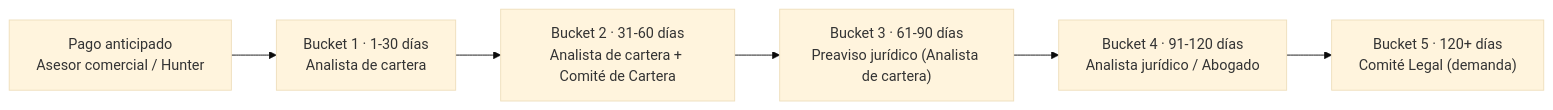
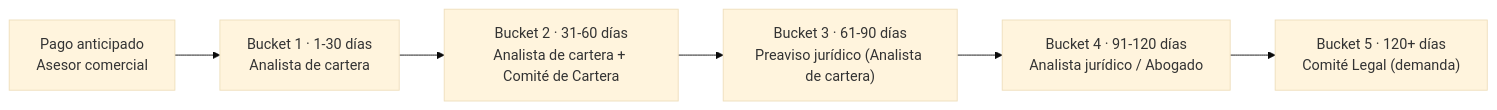
Before and after one commit to MariaFer2006/documentacion_fliipa: the diagram in Negocio/Actores/08 Diagrama Escalamiento Cobranza.md, drawn with Mermaid (base theme).

Commit message:
Fix formatting in escalation diagram for clarity

````diff
--- a/Negocio/Actores/08 Diagrama Escalamiento Cobranza.md
+++ b/Negocio/Actores/08 Diagrama Escalamiento Cobranza.md
@@ -5,8 +5,8 @@
 ```mermaid
 flowchart LR
-    PA["Pago anticipado<br/>Asesor comercial / Hunter"] --> B1["Bucket 1 · 1-30 días<br/>Analista de cartera"]
+    PA["Pago anticipado<br/>Asesor comercial "] --> B1["Bucket 1 · 1-30 días<br/>Analista de cartera"]
     B1 --> B2["Bucket 2 · 31-60 días<br/>Analista de cartera + Comité de Cartera"]
     B2 --> B3["Bucket 3 · 61-90 días<br/>Preaviso jurídico (Analista de cartera)"]
     B3 --> B4["Bucket 4 · 91-120 días<br/>Analista jurídico / Abogado"]
     B4 --> B5["Bucket 5 · 120+ días<br/>Comité Legal (demanda)"]
 ```
````
